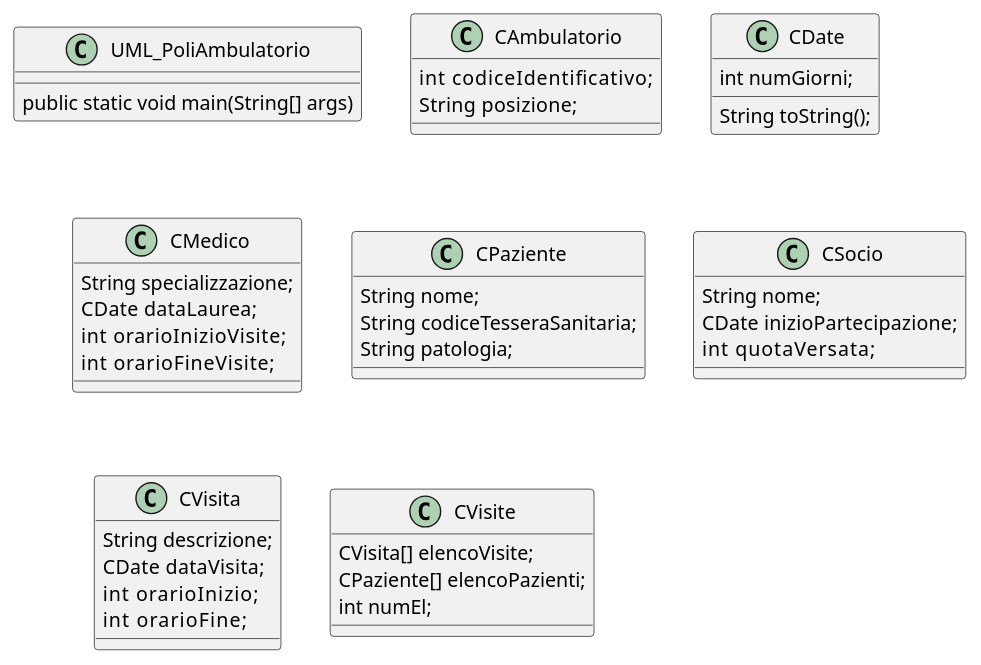
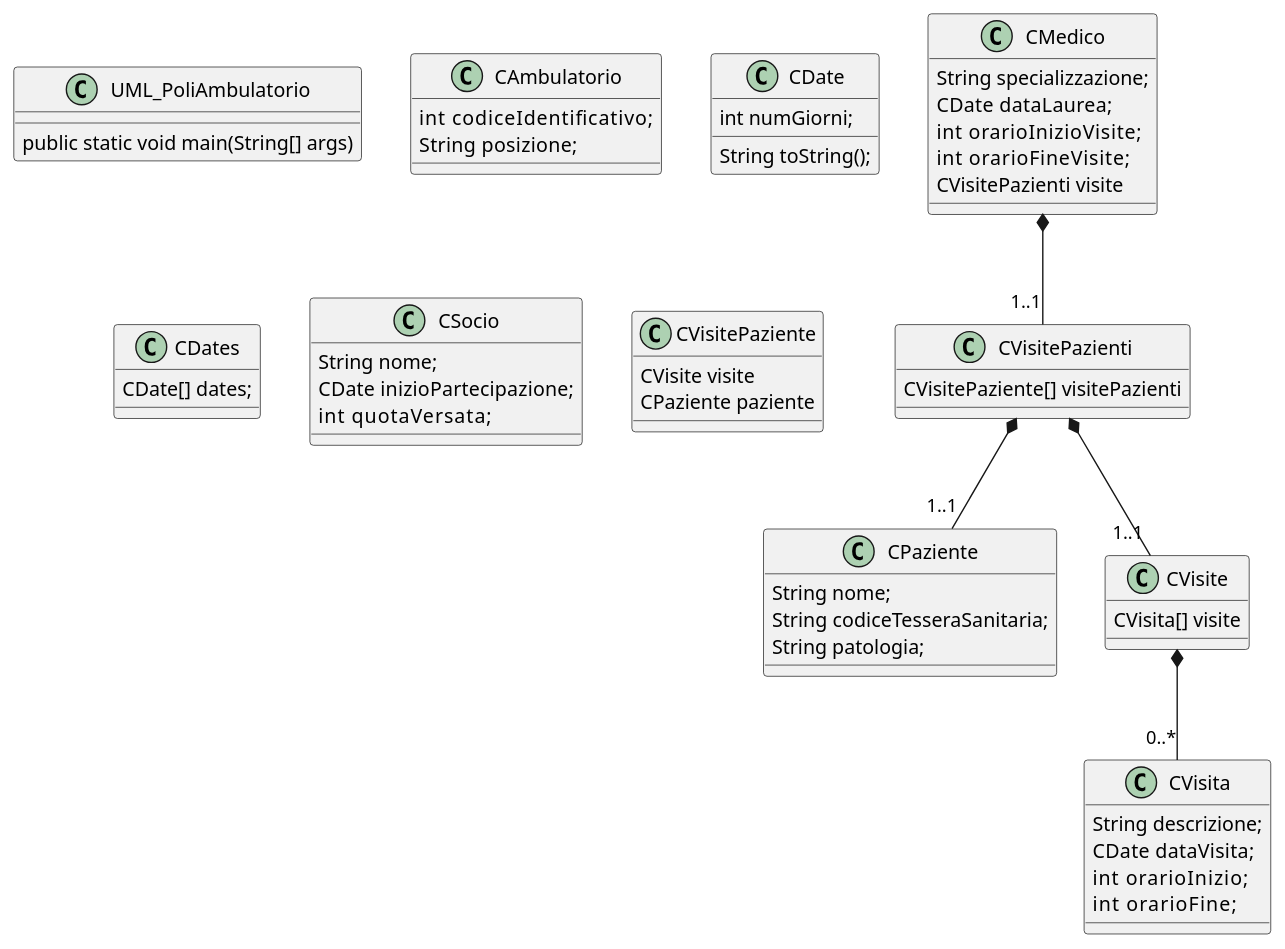
Before and after one commit to andreorse/Progetti-TeP-LAB: the diagram in Prova25maggio2020/PUML_PoliAmbulatorio.puml, drawn with PlantUML.

```diff
--- a/Prova25maggio2020/PUML_PoliAmbulatorio.puml
+++ b/Prova25maggio2020/PUML_PoliAmbulatorio.puml
@@ -1,43 +1,56 @@
 @startuml
 
 class UML_PoliAmbulatorio {
     public static void main(String[] args)
 }
 
 class CAmbulatorio  {
     int     codiceIdentificativo;
     String  posizione;
 }
 class CDate {
     int numGiorni;    
     String toString();
 }
+class CDates {
+    CDate[] dates;
+}
 class CMedico {
     String specializzazione;
     CDate  dataLaurea;  
     int    orarioInizioVisite;
     int    orarioFineVisite;
+    CVisitePazienti visite
 }
 class CPaziente {
     String nome;
     String codiceTesseraSanitaria;
     String patologia;  
 }
 class CSocio {
     String nome;
     CDate  inizioPartecipazione;
     int    quotaVersata;
 }
 class CVisita {
     String descrizione;
     CDate  dataVisita;
     int    orarioInizio;
     int    orarioFine;
 }
+class CVisite {
+    CVisita[] visite
+}
+class CVisitePaziente {
+    CVisite visite
+    CPaziente paziente
+}
+class CVisitePazienti {
+    CVisitePaziente[] visitePazienti
+}
+CMedico *-- "1..1" CVisitePazienti
+CVisitePazienti *-- "1..1" CVisite
+CVisitePazienti *-- "1..1" CPaziente
+CVisite *-- "0..*" CVisita
 
-class CVisite {
-	CVisita[] elencoVisite;
-	CPaziente[] elencoPazienti;
-	int numEl;
-}
 @enduml
```
